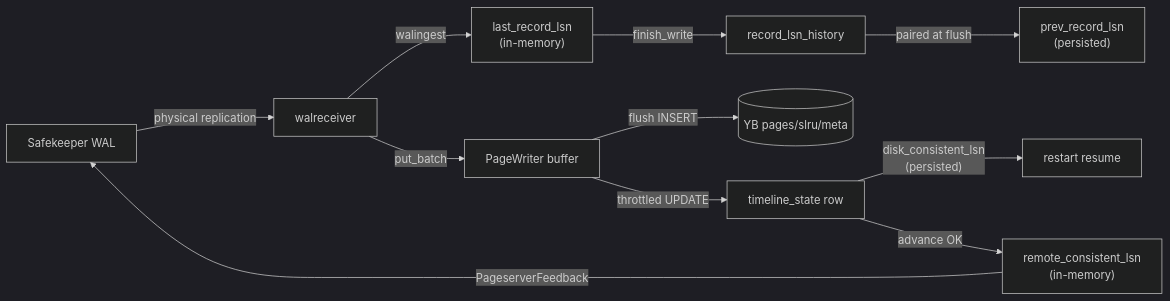
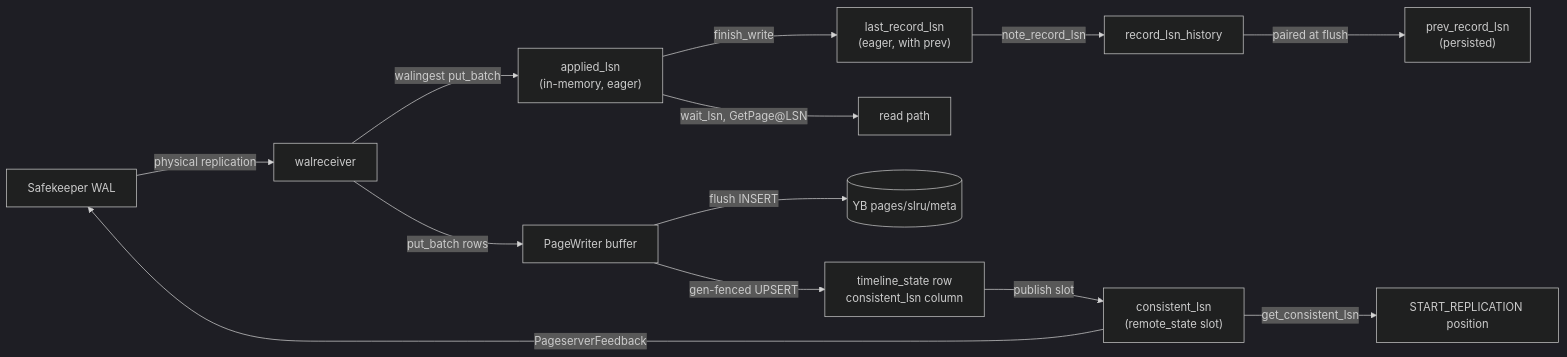
The diagram in architecture/pageserver-lsns.md (yugabyte/meko), drawn with Mermaid (dark theme) before and after one commit. The commit also changed other lines of this file and 10 other files, not shown here.

````diff
--- a/architecture/pageserver-lsns.md
+++ b/architecture/pageserver-lsns.md
@@ -19,13 +32,15 @@
 ```mermaid
 flowchart LR
     SK[Safekeeper WAL] -->|physical replication| WR[walreceiver]
-    WR -->|walingest| LR[last_record_lsn<br>#40;in-memory#41;]
-    WR -->|put_batch| BUF[PageWriter buffer]
+    WR -->|walingest put_batch| AL[applied_lsn<br>#40;in-memory, eager#41;]
+    WR -->|put_batch rows| BUF[PageWriter buffer]
     BUF -->|flush INSERT| YB[(YB pages/slru/meta)]
-    BUF -->|throttled UPDATE| TS[timeline_state row]
-    LR -->|finish_write| PW_HIST[record_lsn_history]
+    BUF -->|gen-fenced UPSERT| TS[timeline_state row<br>consistent_lsn column]
+    TS -->|publish slot| CL[consistent_lsn<br>#40;remote_state slot#41;]
+    AL -->|finish_write| LR[last_record_lsn<br>#40;eager, with prev#41;]
+    LR -->|note_record_lsn| PW_HIST[record_lsn_history]
     PW_HIST -->|paired at flush| PREV[prev_record_lsn<br>#40;persisted#41;]
-    TS -->|disk_consistent_lsn<br>#40;persisted#41;| RESTART[restart resume]
-    TS -->|advance OK| RC[remote_consistent_lsn<br>#40;in-memory#41;]
-    RC -->|PageserverFeedback| SK
+    CL -->|get_consistent_lsn| START[START_REPLICATION position]
+    CL -->|PageserverFeedback| SK
+    AL -->|wait_lsn, GetPage@LSN| READS[read path]
 ```
````
